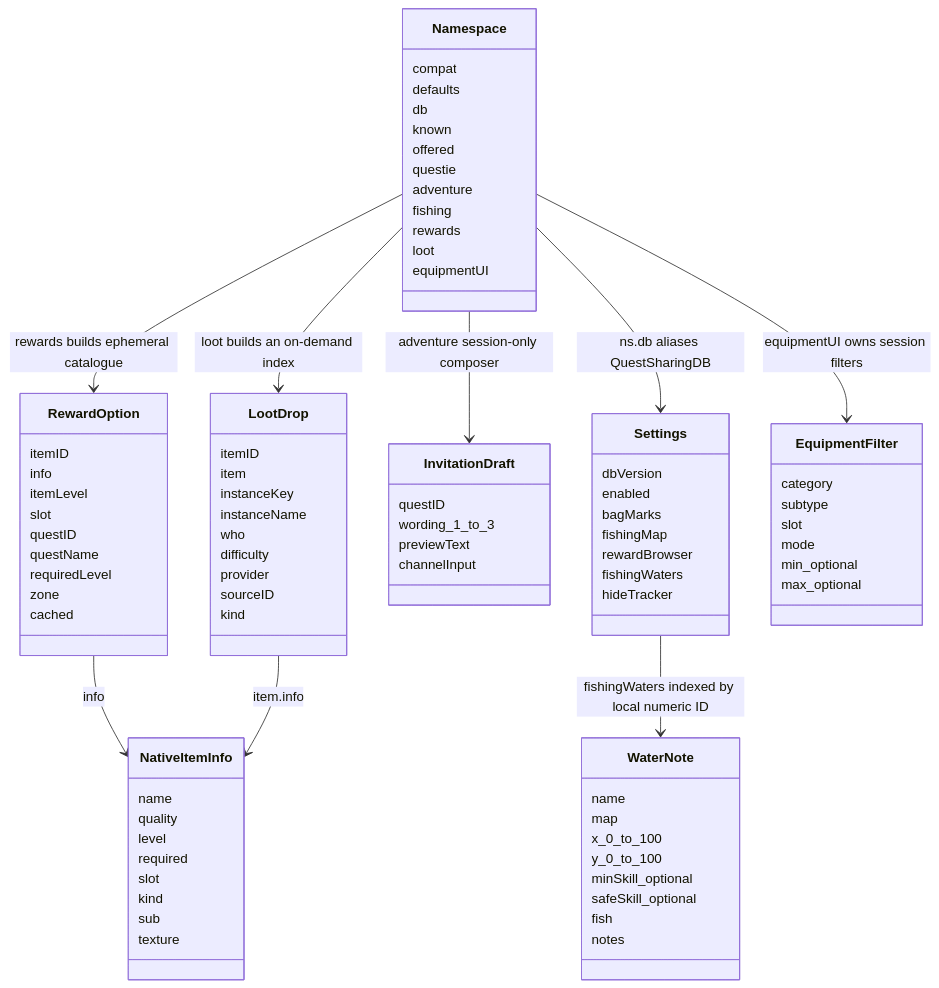
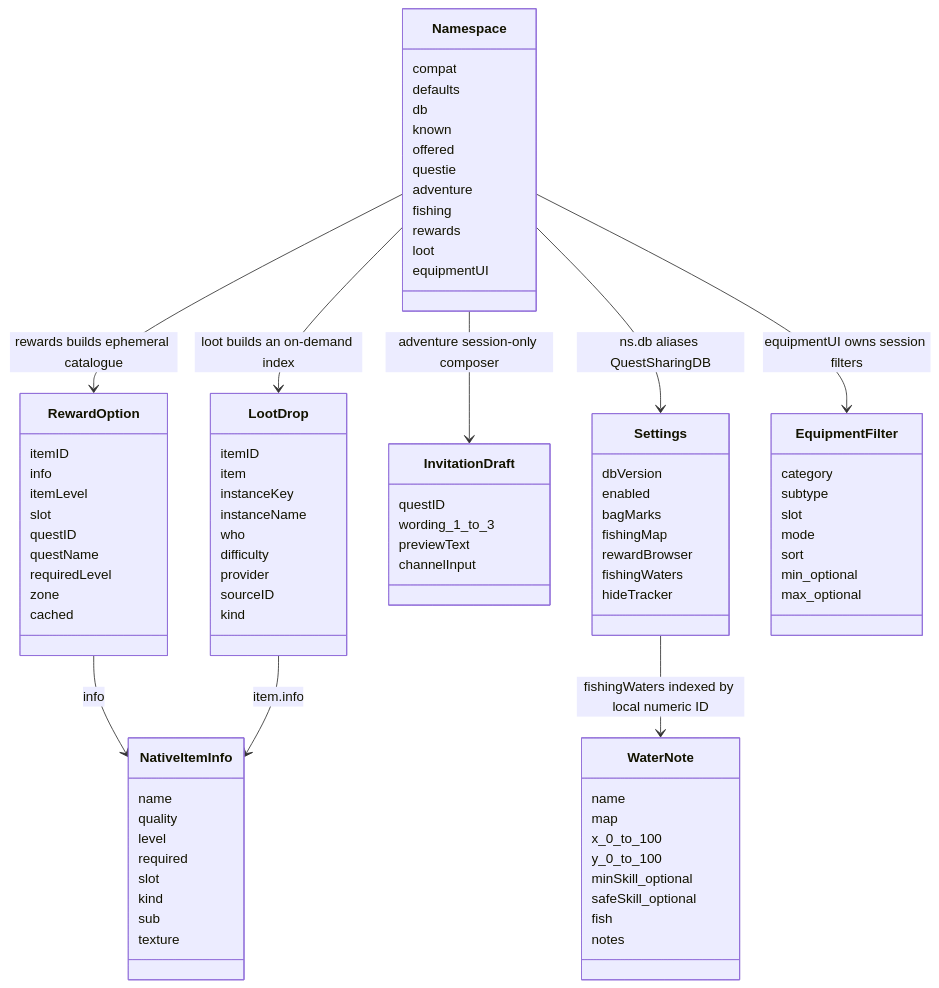
One commit to YodaGitMaster/QuestSharing changed the eighth of 8 diagrams in context/architecture.md. Above: the diagram before and after it, drawn with Mermaid. The commit also changed other lines of this file and 16 other files, not shown here.

```diff
--- a/context/architecture.md
+++ b/context/architecture.md
@@ -299,6 +304,7 @@
         subtype
         slot
         mode
+        sort
         min_optional
         max_optional
     }
```
